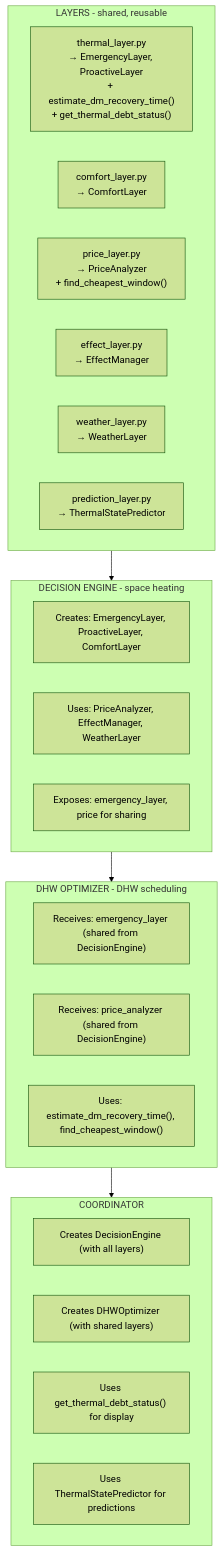
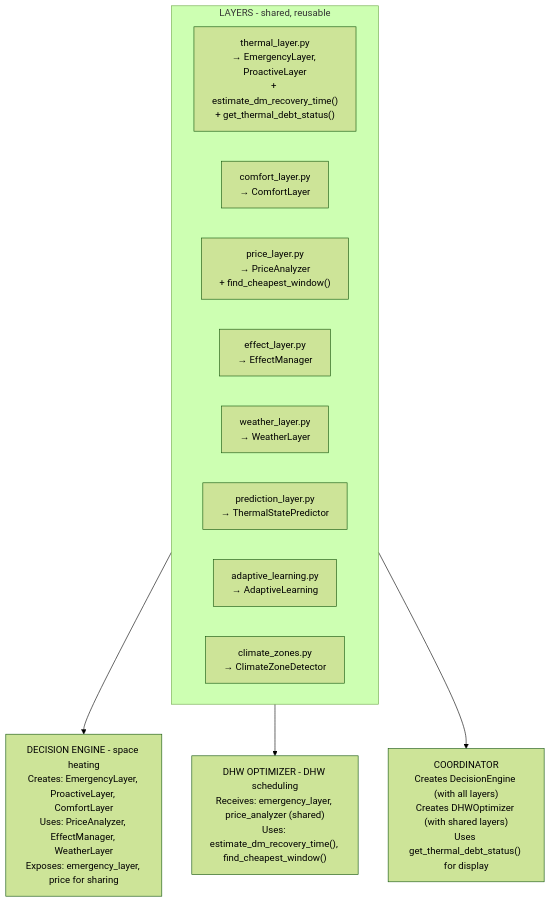
One commit to enoch85/EffektGuard changed the diagram in docs/architecture/00_overview.md. Above: the diagram before and after it, drawn with Mermaid (forest theme).

````diff
--- a/docs/architecture/00_overview.md
+++ b/docs/architecture/00_overview.md
@@ -55,37 +55,24 @@
 ```mermaid
 flowchart TB
     subgraph Layers["LAYERS - shared, reusable"]
         direction LR
         TL["thermal_layer.py<br/>→ EmergencyLayer, ProactiveLayer<br/>+ estimate_dm_recovery_time#40;#41;<br/>+ get_thermal_debt_status#40;#41;"]
         CL["comfort_layer.py<br/>→ ComfortLayer"]
         PrL["price_layer.py<br/>→ PriceAnalyzer<br/>+ find_cheapest_window#40;#41;"]
         EfL["effect_layer.py<br/>→ EffectManager"]
         WL["weather_layer.py<br/>→ WeatherLayer"]
         PredL["prediction_layer.py<br/>→ ThermalStatePredictor"]
+        AL["adaptive_learning.py<br/>→ AdaptiveLearning"]
+        CZ["climate_zones.py<br/>→ ClimateZoneDetector"]
     end
 
     Layers --> DE
+    Layers --> DHW
+    Layers --> COORD
 
-    subgraph DE["DECISION ENGINE - space heating"]
-        DE1["Creates: EmergencyLayer, ProactiveLayer, ComfortLayer"]
-        DE2["Uses: PriceAnalyzer, EffectManager, WeatherLayer"]
-        DE3["Exposes: emergency_layer, price for sharing"]
-    end
+    DE["DECISION ENGINE - space heating<br/>Creates: EmergencyLayer, ProactiveLayer, ComfortLayer<br/>Uses: PriceAnalyzer, EffectManager, WeatherLayer<br/>Exposes: emergency_layer, price for sharing"]
 
-    DE --> DHW
+    DHW["DHW OPTIMIZER - DHW scheduling<br/>Receives: emergency_layer, price_analyzer #40;shared#41;<br/>Uses: estimate_dm_recovery_time#40;#41;, find_cheapest_window#40;#41;"]
 
-    subgraph DHW["DHW OPTIMIZER - DHW scheduling"]
-        DHW1["Receives: emergency_layer #40;shared from DecisionEngine#41;"]
-        DHW2["Receives: price_analyzer #40;shared from DecisionEngine#41;"]
-        DHW3["Uses: estimate_dm_recovery_time#40;#41;, find_cheapest_window#40;#41;"]
-    end
-
-    DHW --> COORD
-
-    subgraph COORD["COORDINATOR"]
-        COORD1["Creates DecisionEngine #40;with all layers#41;"]
-        COORD2["Creates DHWOptimizer #40;with shared layers#41;"]
-        COORD3["Uses get_thermal_debt_status#40;#41; for display"]
-        COORD4["Uses ThermalStatePredictor for predictions"]
-    end
+    COORD["COORDINATOR<br/>Creates DecisionEngine #40;with all layers#41;<br/>Creates DHWOptimizer #40;with shared layers#41;<br/>Uses get_thermal_debt_status#40;#41; for display"]
 ```
````
